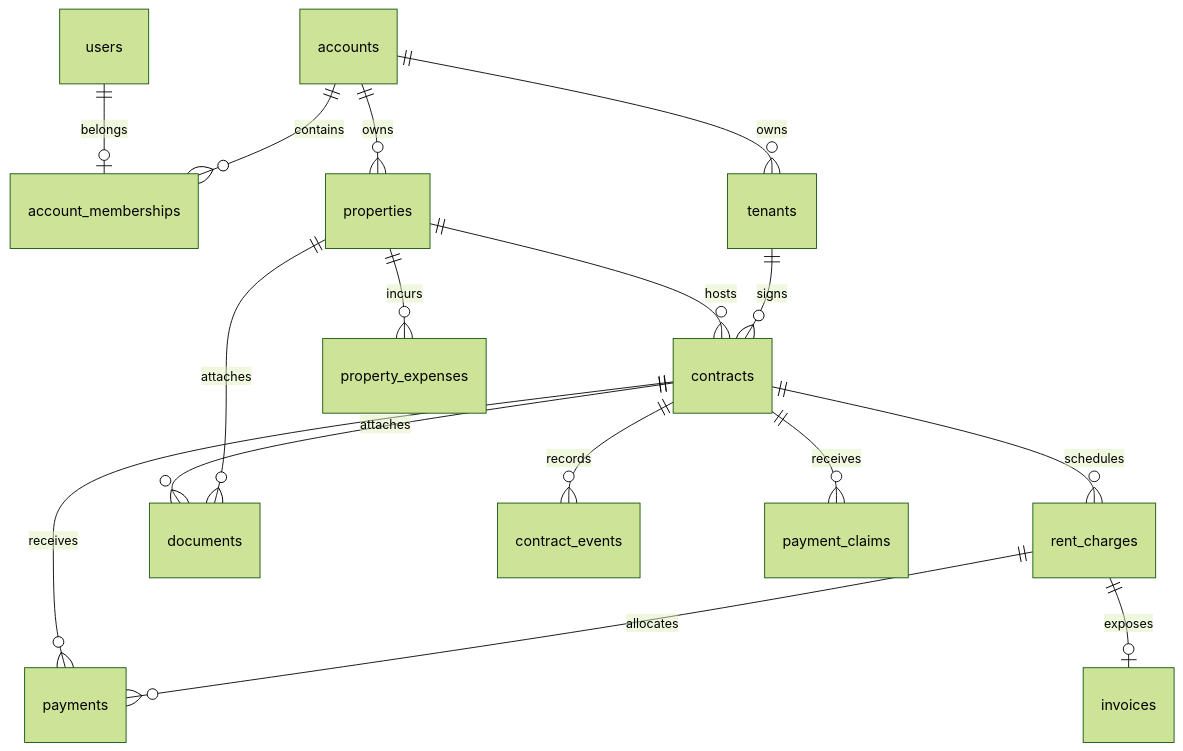
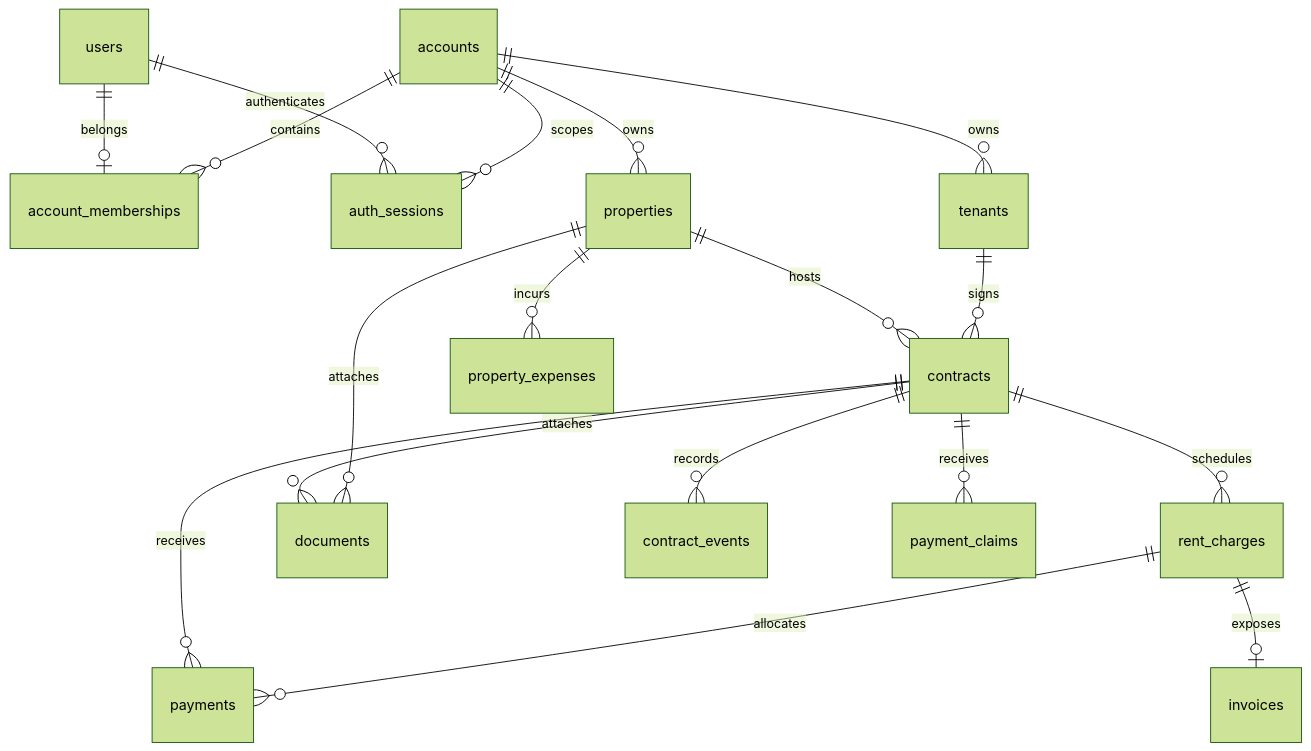
The diagram in docs/architecture/database.md (vladweat/landlords), drawn with Mermaid (forest theme) before and after one commit. The commit also changed other lines of this file and 71 other files, not shown here.

````diff
--- a/docs/architecture/database.md
+++ b/docs/architecture/database.md
@@ -31,18 +31,20 @@
 ```mermaid
 erDiagram
   users ||--o| account_memberships : belongs
+  users ||--o{ auth_sessions : authenticates
+  accounts ||--o{ auth_sessions : scopes
   accounts ||--o{ account_memberships : contains
   accounts ||--o{ properties : owns
   accounts ||--o{ tenants : owns
   properties ||--o{ contracts : hosts
   tenants ||--o{ contracts : signs
   contracts ||--o{ rent_charges : schedules
   contracts ||--o{ payments : receives
   rent_charges ||--o{ payments : allocates
   contracts ||--o{ documents : attaches
   properties ||--o{ documents : attaches
   properties ||--o{ property_expenses : incurs
   contracts ||--o{ contract_events : records
   rent_charges ||--o| invoices : exposes
   contracts ||--o{ payment_claims : receives
 ```
````
